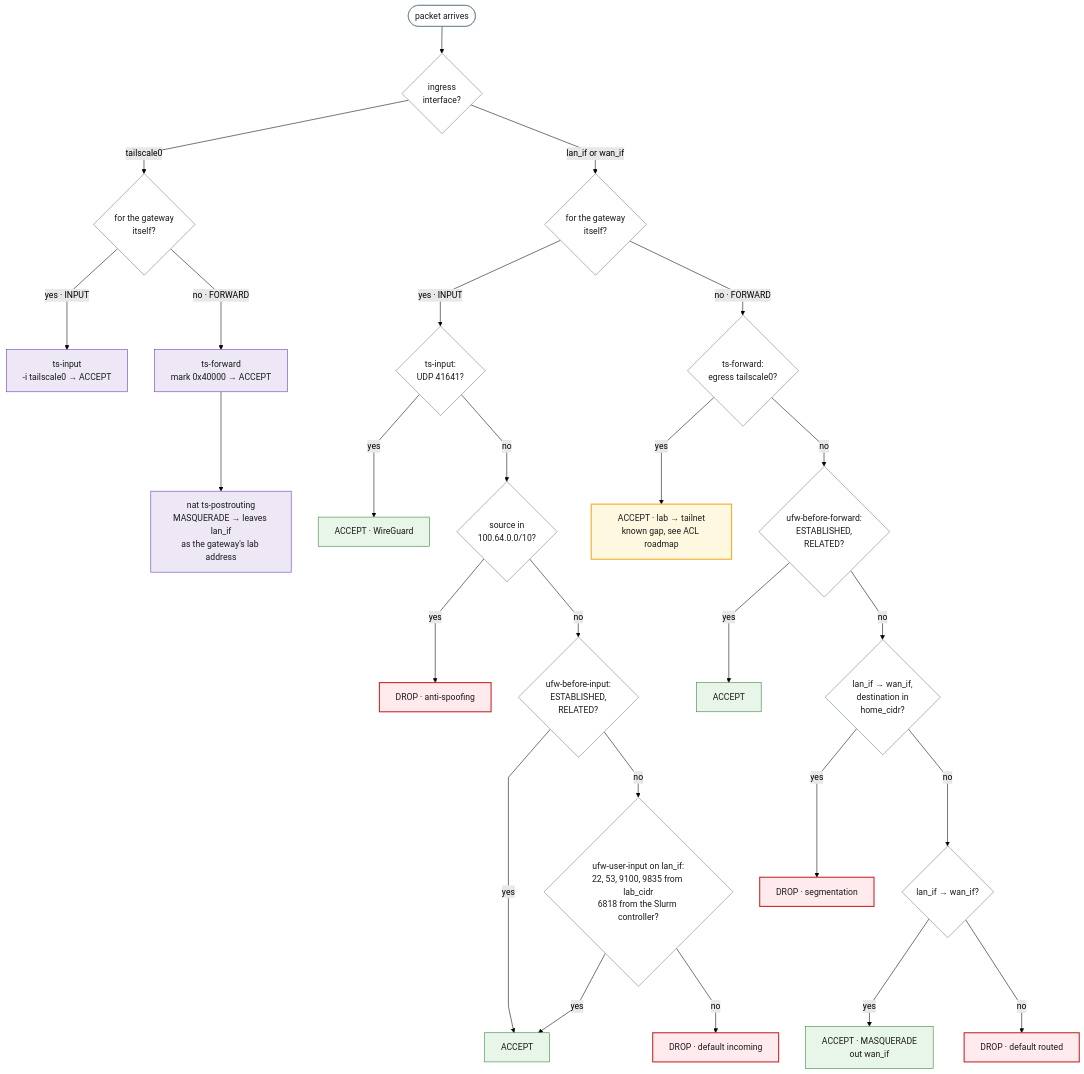
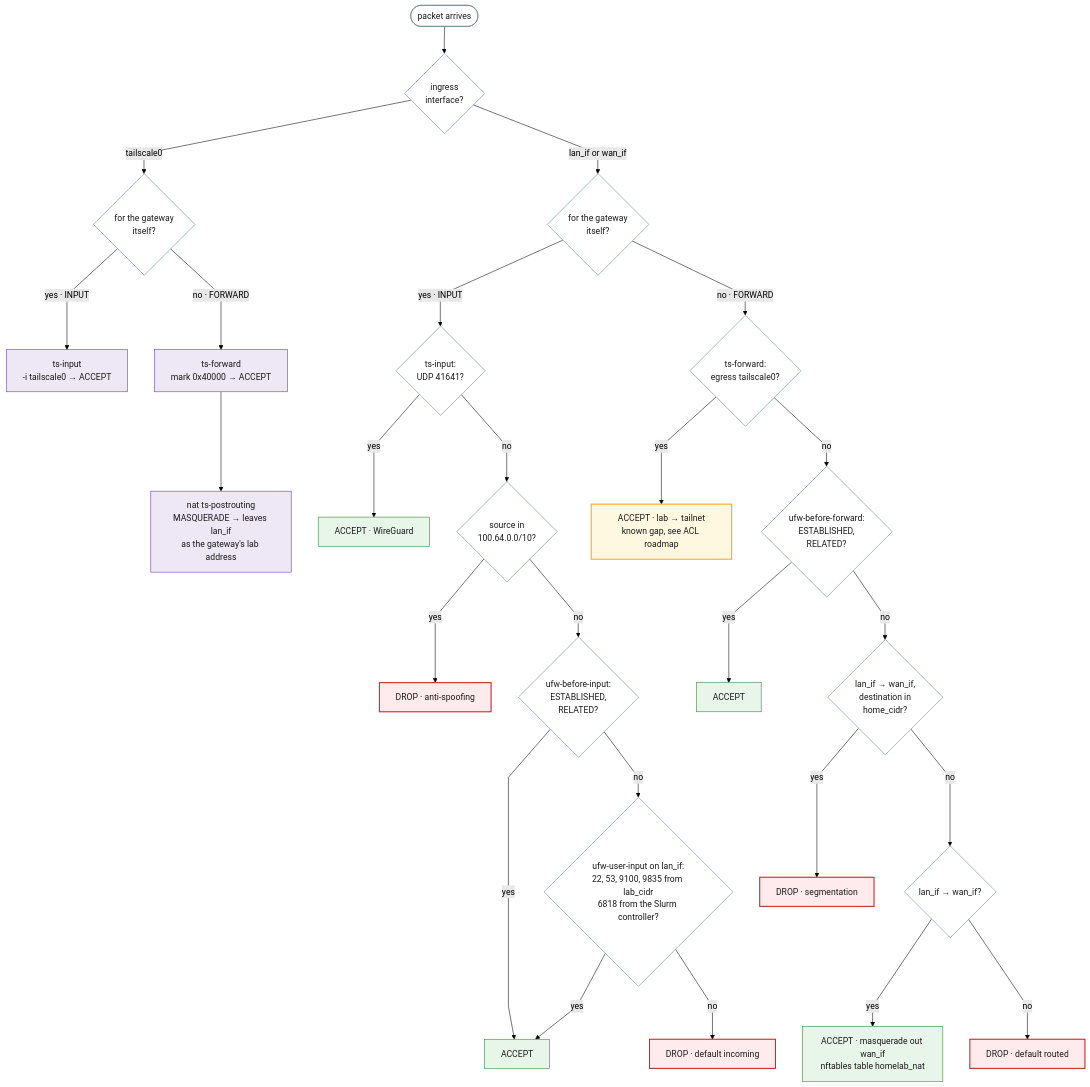
One commit to RyanMoore-phys/homelab-infra changed the diagram in docs/network.md. Above: the diagram before and after it, drawn with Mermaid (forest theme). The commit also changed other lines of this file and 17 other files, not shown here.

````diff
--- a/docs/network.md
+++ b/docs/network.md
@@ -33,43 +33,43 @@
 ```mermaid
 flowchart TD
     pkt(["packet arrives"]) --> ing{"ingress<br/>interface?"}
 
     ing -->|"tailscale0"| tdst{"for the gateway<br/>itself?"}
     tdst -->|"yes · INPUT"| tin["ts-input<br/>-i tailscale0 → ACCEPT"]
     tdst -->|"no · FORWARD"| tfw["ts-forward<br/>mark 0x40000 → ACCEPT"]
     tfw --> tnat["nat ts-postrouting<br/>MASQUERADE → leaves lan_if<br/>as the gateway's lab address"]
 
     ing -->|"lan_if or wan_if"| dst{"for the gateway<br/>itself?"}
 
     dst -->|"yes · INPUT"| wg{"ts-input:<br/>UDP 41641?"}
     wg -->|"yes"| wgok["ACCEPT · WireGuard"]
     wg -->|"no"| spoof{"source in<br/>100.64.0.0/10?"}
     spoof -->|"yes"| spoofd["DROP · anti-spoofing"]
     spoof -->|"no"| est1{"ufw-before-input:<br/>ESTABLISHED,<br/>RELATED?"}
     est1 -->|"yes"| ok1["ACCEPT"]
     est1 -->|"no"| usr1{"ufw-user-input on lan_if:<br/>22, 53, 9100, 9835 from lab_cidr<br/>6818 from the Slurm controller?"}
     usr1 -->|"yes"| ok1
     usr1 -->|"no"| drop1["DROP · default incoming"]
 
     dst -->|"no · FORWARD"| tout{"ts-forward:<br/>egress tailscale0?"}
     tout -->|"yes"| gap["ACCEPT · lab → tailnet<br/>known gap, see ACL roadmap"]
     tout -->|"no"| est2{"ufw-before-forward:<br/>ESTABLISHED,<br/>RELATED?"}
     est2 -->|"yes"| ok2["ACCEPT"]
     est2 -->|"no"| home{"lan_if → wan_if,<br/>destination in<br/>home_cidr?"}
     home -->|"yes"| drop2["DROP · segmentation"]
     home -->|"no"| out{"lan_if → wan_if?"}
-    out -->|"yes"| masq["ACCEPT · MASQUERADE<br/>out wan_if"]
+    out -->|"yes"| masq["ACCEPT · masquerade out wan_if<br/>nftables table homelab_nat"]
     out -->|"no"| drop3["DROP · default routed"]
 
     classDef accept fill:#e8f5e9,stroke:#2e7d32,color:#1a1a1a
     classDef drop fill:#ffebee,stroke:#c62828,stroke-width:2px,color:#1a1a1a
     classDef warn fill:#fff8e1,stroke:#f9a825,stroke-width:2px,color:#1a1a1a
     classDef ts fill:#ede7f6,stroke:#5e35b1,color:#1a1a1a
     classDef decide fill:#ffffff,stroke:#607d8b,color:#1a1a1a
     class tin,tfw,tnat ts
     class wgok,ok1,ok2,masq accept
     class spoofd,drop1,drop2,drop3 drop
     class gap warn
     class pkt,ing,tdst,dst,wg,spoof,est1,usr1,tout,est2,home,out decide
     linkStyle default interpolate linear
 ```
````
